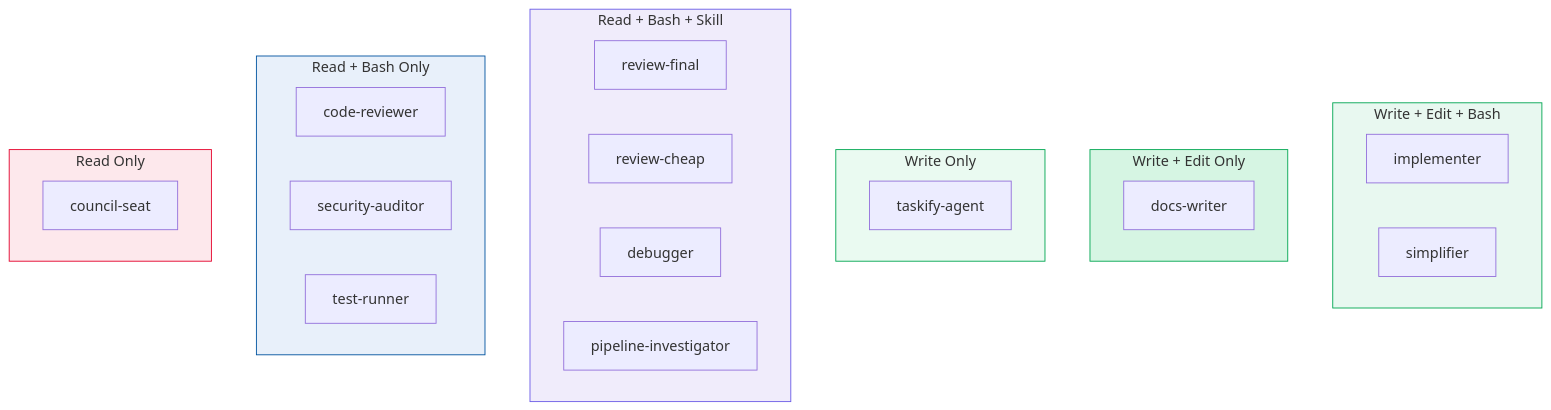
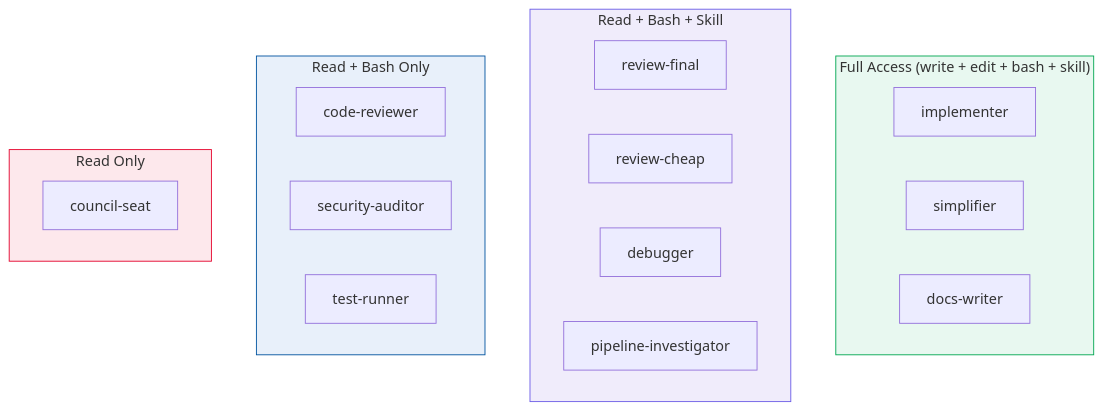
One commit to sean8601/mockserver-monorepo changed the third of 5 diagrams in docs/operations/opencode-building-blocks.md. Above: the diagram before and after it, drawn with Mermaid. The commit also changed other lines of this file and 210 other files, not shown here.

````diff
--- a/docs/operations/opencode-building-blocks.md
+++ b/docs/operations/opencode-building-blocks.md
@@ -256,39 +256,30 @@
 ```mermaid
 flowchart TD
-    subgraph WriteBash["Write + Edit + Bash"]
+    subgraph Full["Full Access (write + edit + bash + skill)"]
         IMP["implementer"]
         SIM["simplifier"]
-    end
-
-    subgraph WriteEdit["Write + Edit Only"]
         DW["docs-writer"]
-    end
-
-    subgraph WriteOnly["Write Only"]
-        TA["taskify-agent"]
     end
 
     subgraph ReadBashSkill["Read + Bash + Skill"]
         RF["review-final"]
         RC["review-cheap"]
         DB["debugger"]
         PI["pipeline-investigator"]
     end
 
     subgraph ReadBash["Read + Bash Only"]
         CR["code-reviewer"]
         SA["security-auditor"]
         TR["test-runner"]
     end
 
     subgraph ReadOnly["Read Only"]
         CS["council-seat"]
     end
 
-    style WriteBash fill:#e8f8f0,stroke:#00a651
-    style WriteEdit fill:#d6f5e3,stroke:#00a651
-    style WriteOnly fill:#eafaf1,stroke:#00a651
+    style Full fill:#e8f8f0,stroke:#00a651
     style ReadBashSkill fill:#f0ecfb,stroke:#6b5ce7
     style ReadBash fill:#e8f0fa,stroke:#00539f
     style ReadOnly fill:#fde8ec,stroke:#e4002b
 ```
````
